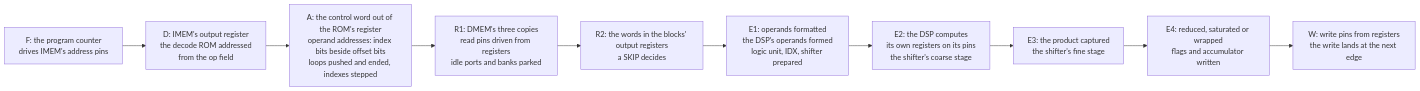
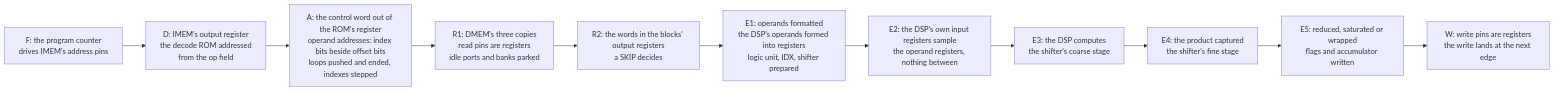
The diagram in docs/csp2_architecture.md (Thorwegian/noaidi-fpga-synth), drawn with Mermaid before and after one commit. The commit also changed other lines of this file and 6 other files, not shown here.

````diff
--- a/docs/csp2_architecture.md
+++ b/docs/csp2_architecture.md
@@ -63,12 +63,13 @@
 ```mermaid
 flowchart LR
     F[F: the program counter<br/>drives IMEM's address pins] --> D[D: IMEM's output register<br/>the decode ROM addressed<br/>from the op field]
     D --> A[A: the control word out of the ROM's register<br/>operand addresses: index bits beside offset bits<br/>loops pushed and ended, indexes stepped]
-    A --> R1[R1: DMEM's three copies<br/>read pins driven from registers<br/>idle ports and banks parked]
+    A --> R1[R1: DMEM's three copies<br/>read pins are registers<br/>idle ports and banks parked]
     R1 --> R2[R2: the words in the blocks' output registers<br/>a SKIP decides]
-    R2 --> E1[E1: operands formatted<br/>the DSP's operands formed<br/>logic unit, IDX, shifter prepared]
-    E1 --> E2[E2: the DSP computes<br/>its own registers on its pins<br/>the shifter's coarse stage]
-    E2 --> E3[E3: the product captured<br/>the shifter's fine stage]
-    E3 --> E4[E4: reduced, saturated or wrapped<br/>flags and accumulator written]
-    E4 --> W[W: write pins from registers<br/>the write lands at the next edge]
+    R2 --> E1[E1: operands formatted<br/>the DSP's operands formed into registers<br/>logic unit, IDX, shifter prepared]
+    E1 --> E2[E2: the DSP's own input registers sample<br/>the operand registers, nothing between]
+    E2 --> E3[E3: the DSP computes<br/>the shifter's coarse stage]
+    E3 --> E4[E4: the product captured<br/>the shifter's fine stage]
+    E4 --> E5[E5: reduced, saturated or wrapped<br/>flags and accumulator written]
+    E5 --> W[W: write pins are registers<br/>the write lands at the next edge]
 ```
````
